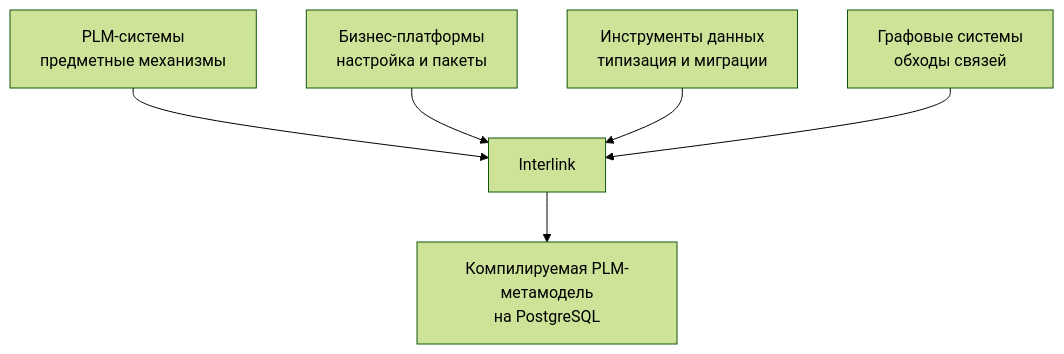
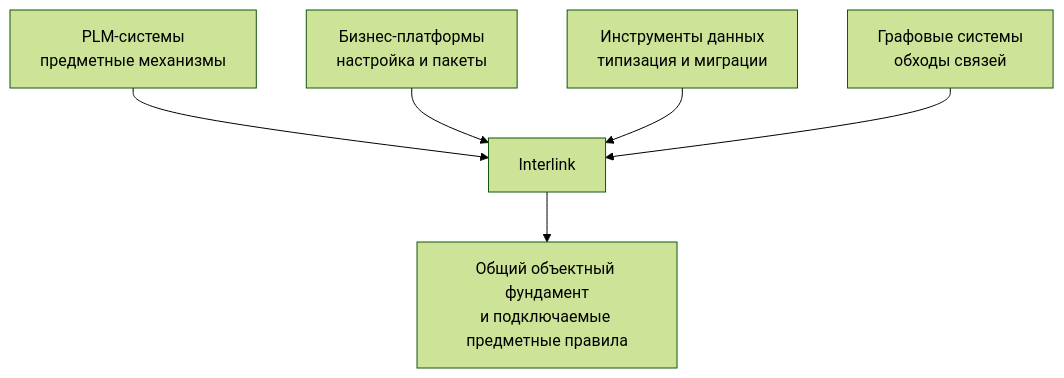
Before and after one commit to ZelAnton/Interlink-product-book: the diagram in docs/data-structure/10-comparison-with-other-systems.md, drawn with Mermaid (forest theme). The commit also changed other lines of this file and 231 other files, not shown here.

````diff
--- a/docs/data-structure/10-comparison-with-other-systems.md
+++ b/docs/data-structure/10-comparison-with-other-systems.md
@@ -7,8 +7,8 @@
 ```mermaid
 flowchart TD
     A["PLM-системы<br/>предметные механизмы"] --> E["Interlink"]
     B["Бизнес-платформы<br/>настройка и пакеты"] --> E
     C["Инструменты данных<br/>типизация и миграции"] --> E
     D["Графовые системы<br/>обходы связей"] --> E
-    E --> F["Компилируемая PLM-метамодель<br/>на PostgreSQL"]
+    E --> F["Общий объектный фундамент<br/>и подключаемые предметные правила"]
 ```
````
